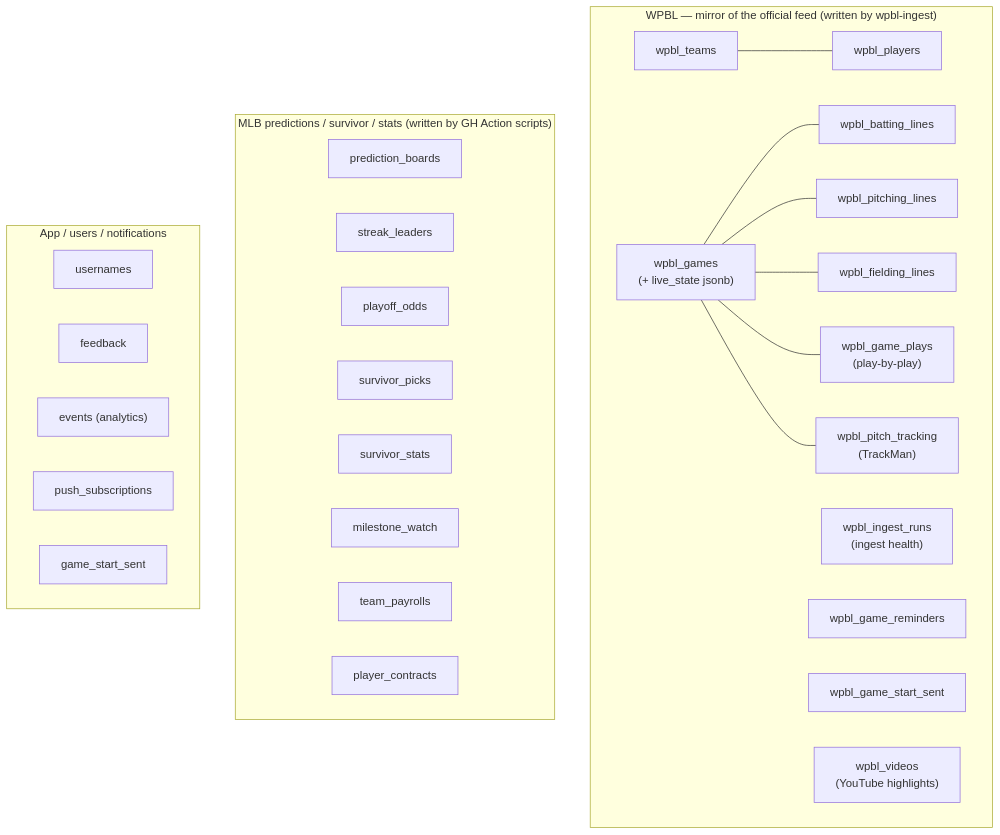
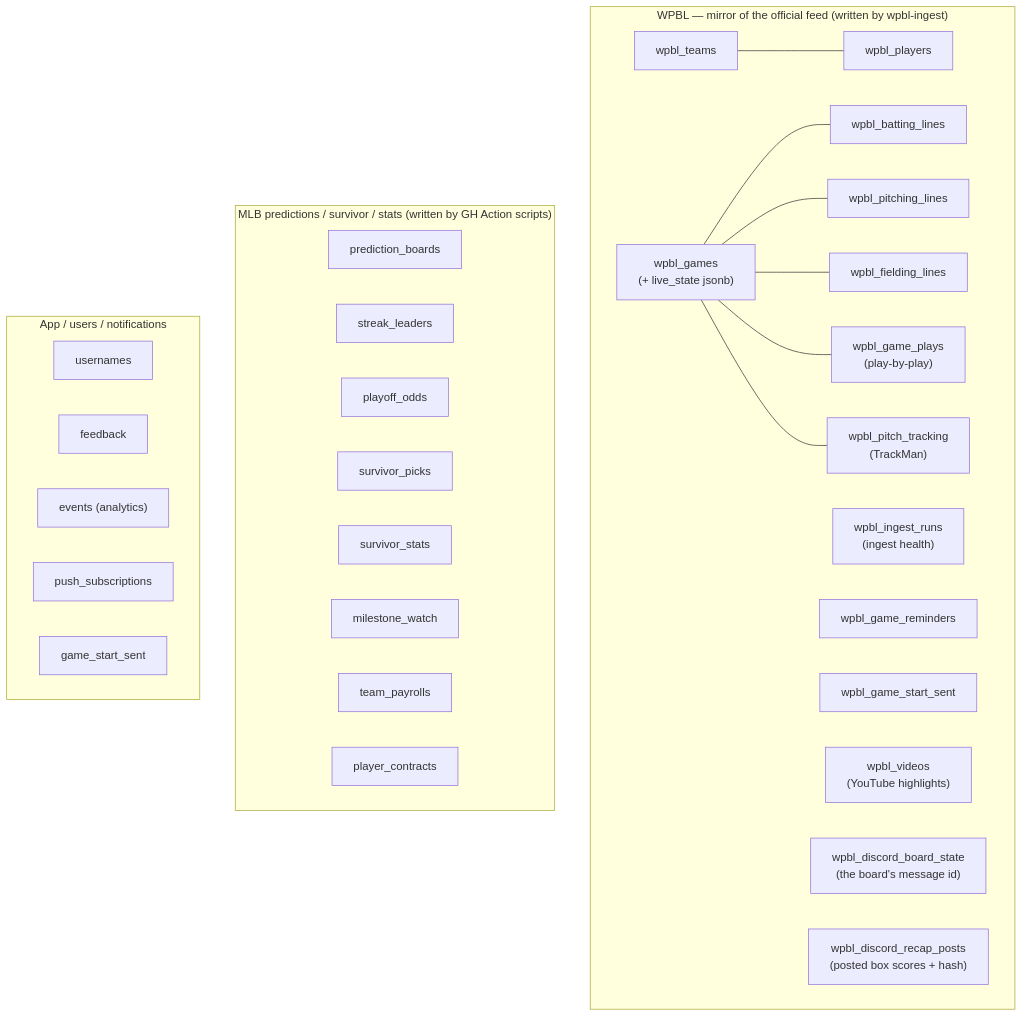
The third of 5 diagrams in ARCHITECTURE.md (sportydolphin/fun), drawn with Mermaid before and after one commit. The commit also changed other lines of this file and 8 other files, not shown here.

````diff
--- a/ARCHITECTURE.md
+++ b/ARCHITECTURE.md
@@ -133,39 +137,41 @@
 ```mermaid
 flowchart TB
     subgraph WPBL["WPBL — mirror of the official feed (written by wpbl-ingest)"]
         t_teams["wpbl_teams"]
         t_players["wpbl_players"]
         t_games["wpbl_games<br/>(+ live_state jsonb)"]
         t_bat["wpbl_batting_lines"]
         t_pit["wpbl_pitching_lines"]
         t_field["wpbl_fielding_lines"]
         t_plays["wpbl_game_plays<br/>(play-by-play)"]
         t_track["wpbl_pitch_tracking<br/>(TrackMan)"]
         t_runs["wpbl_ingest_runs<br/>(ingest health)"]
         t_rem["wpbl_game_reminders"]
         t_wsent["wpbl_game_start_sent"]
         t_vid["wpbl_videos<br/>(YouTube highlights)"]
+        t_board["wpbl_discord_board_state<br/>(the board's message id)"]
+        t_recap["wpbl_discord_recap_posts<br/>(posted box scores + hash)"]
     end
 
     subgraph MLB["MLB predictions / survivor / stats (written by GH Action scripts)"]
         m_boards["prediction_boards"]
         m_streaks["streak_leaders"]
         m_odds["playoff_odds"]
         m_surv["survivor_picks"]
         m_survs["survivor_stats"]
         m_mile["milestone_watch"]
         m_pay["team_payrolls"]
         m_contract["player_contracts"]
     end
 
     subgraph APP["App / users / notifications"]
         a_users["usernames"]
         a_feed["feedback"]
         a_events["events (analytics)"]
         a_push["push_subscriptions"]
         a_sent["game_start_sent"]
     end
 
     t_teams --- t_players
     t_games --- t_bat & t_pit & t_field & t_plays & t_track
 ```
````
